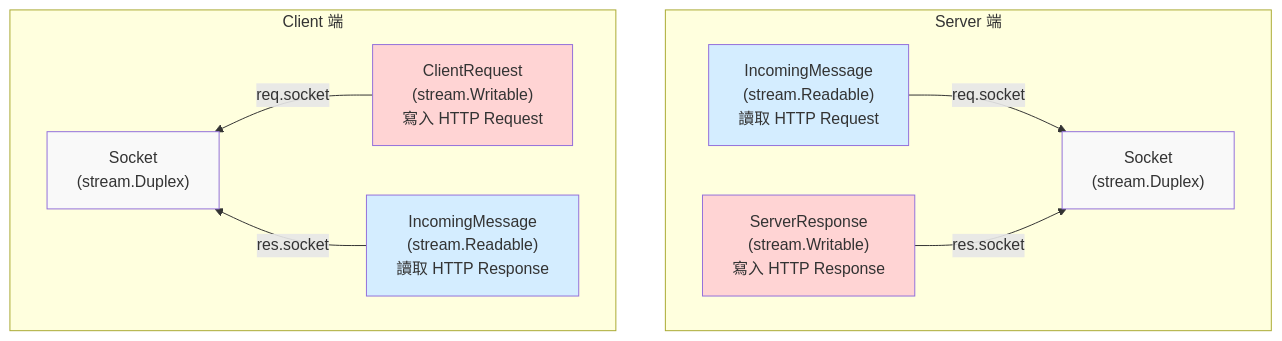
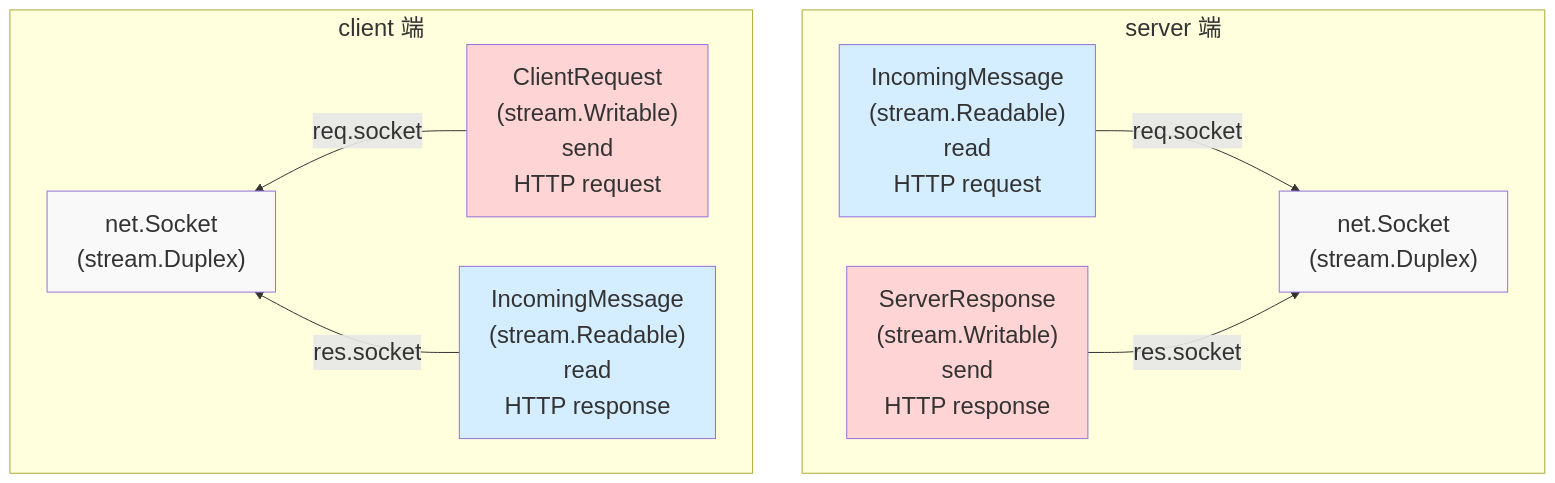
One commit to samuel871211/yusheng-tech-blog changed the diagram in docs/nodejs/http-destroy.md. Above: the diagram before and after it, drawn with Mermaid. The commit also changed other lines of this file and 2 other files, not shown here.

Commit message:
http-destroy

````diff
--- a/docs/nodejs/http-destroy.md
+++ b/docs/nodejs/http-destroy.md
@@ -25,30 +25,30 @@
 ```mermaid
-graph TB
-    direction TB
-    subgraph Server["Server 端"]
-        SSocket["Socket<br/>(stream.Duplex)"]
-        SReq["IncomingMessage<br/>(stream.Readable)<br/>讀取 HTTP Request"]
-        SRes["ServerResponse<br/>(stream.Writable)<br/>寫入 HTTP Response"]
+%%{init: {"themeVariables": {"fontSize": "24px"}}}%%
+graph
+    subgraph Server["server 端"]
+        SSocket["net.Socket<br/>(stream.Duplex)"]
+        SReq["IncomingMessage<br/>(stream.Readable)<br/>read<br/>HTTP request"]
+        SRes["ServerResponse<br/>(stream.Writable)<br/>send<br/>HTTP response"]
 
         SReq -->|req.socket| SSocket
         SRes -->|res.socket| SSocket
     end
 
-    subgraph Client["Client 端"]
+    subgraph Client["client 端"]
         direction RL
-        CSocket["Socket<br/>(stream.Duplex)"]
-        CReq["ClientRequest<br/>(stream.Writable)<br/>寫入 HTTP Request"]
-        CRes["IncomingMessage<br/>(stream.Readable)<br/>讀取 HTTP Response"]
+        CSocket["net.Socket<br/>(stream.Duplex)"]
+        CReq["ClientRequest<br/>(stream.Writable)<br/>send<br/>HTTP request"]
+        CRes["IncomingMessage<br/>(stream.Readable)<br/>read<br/>HTTP response"]
 
         CReq -->|req.socket| CSocket
         CRes -->|res.socket| CSocket
     end
 
     style CSocket fill:#f9f9f9
     style CReq fill:#ffd4d4
     style CRes fill:#d4edff
 
     style SSocket fill:#f9f9f9
     style SReq fill:#d4edff
     style SRes fill:#ffd4d4
 ```
````
